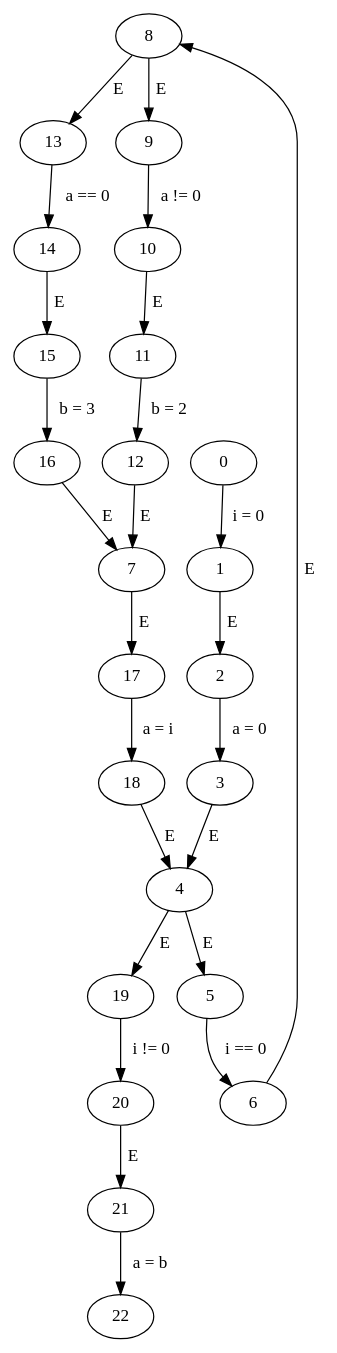
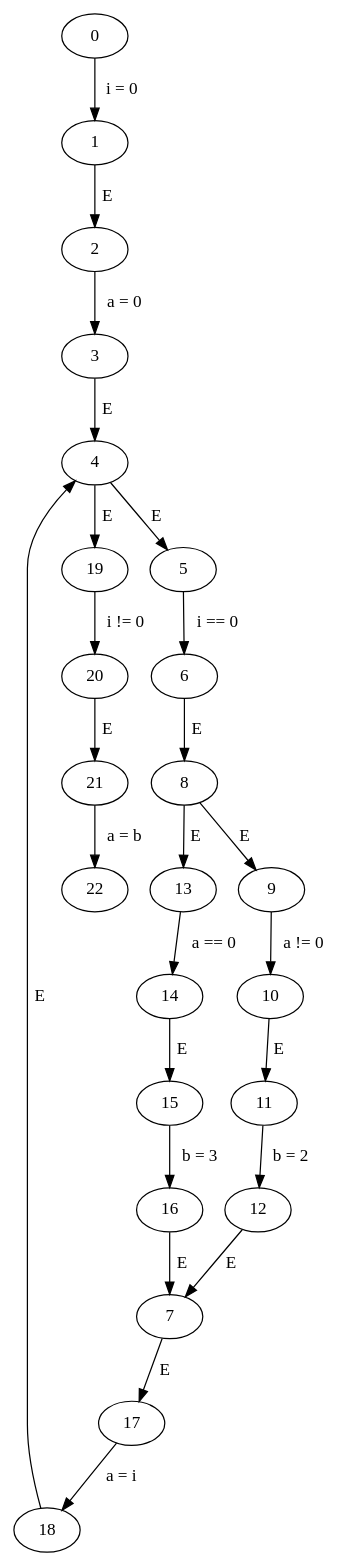
The diagram in code/norm_cfgs/while/while.gv (Harman309/project6), drawn with Graphviz before and after one commit. The commit also changed other lines of this file and 39 other files, not shown here.

```diff
--- a/code/norm_cfgs/while/while.gv
+++ b/code/norm_cfgs/while/while.gv
@@ -1,27 +1,27 @@
 // while
 digraph {
+	2 -> 3 [label=" a = 0 "]
+	6 -> 8 [label=" E "]
+	14 -> 15 [label=" E "]
+	19 -> 20 [label=" i != 0 "]
+	11 -> 12 [label=" b = 2 "]
+	20 -> 21 [label=" E "]
+	21 -> 22 [label=" a = b "]
+	13 -> 14 [label=" a == 0 "]
+	10 -> 11 [label=" E "]
+	17 -> 18 [label=" a = i "]
+	4 -> 5 [label=" E "]
+	4 -> 19 [label=" E "]
+	3 -> 4 [label=" E "]
+	15 -> 16 [label=" b = 3 "]
+	12 -> 7 [label=" E "]
+	1 -> 2 [label=" E "]
+	9 -> 10 [label=" a != 0 "]
+	7 -> 17 [label=" E "]
+	18 -> 4 [label=" E "]
 	8 -> 13 [label=" E "]
+	5 -> 6 [label=" i == 0 "]
+	8 -> 9 [label=" E "]
 	0 -> 1 [label=" i = 0 "]
-	12 -> 7 [label=" E "]
-	6 -> 8 [label=" E "]
-	13 -> 14 [label=" a == 0 "]
-	19 -> 20 [label=" i != 0 "]
-	14 -> 15 [label=" E "]
-	15 -> 16 [label=" b = 3 "]
-	4 -> 5 [label=" E "]
-	10 -> 11 [label=" E "]
-	7 -> 17 [label=" E "]
-	4 -> 19 [label=" E "]
-	9 -> 10 [label=" a != 0 "]
-	8 -> 9 [label=" E "]
-	11 -> 12 [label=" b = 2 "]
-	21 -> 22 [label=" a = b "]
-	1 -> 2 [label=" E "]
-	20 -> 21 [label=" E "]
-	3 -> 4 [label=" E "]
 	16 -> 7 [label=" E "]
-	18 -> 4 [label=" E "]
-	5 -> 6 [label=" i == 0 "]
-	17 -> 18 [label=" a = i "]
-	2 -> 3 [label=" a = 0 "]
 }
```
